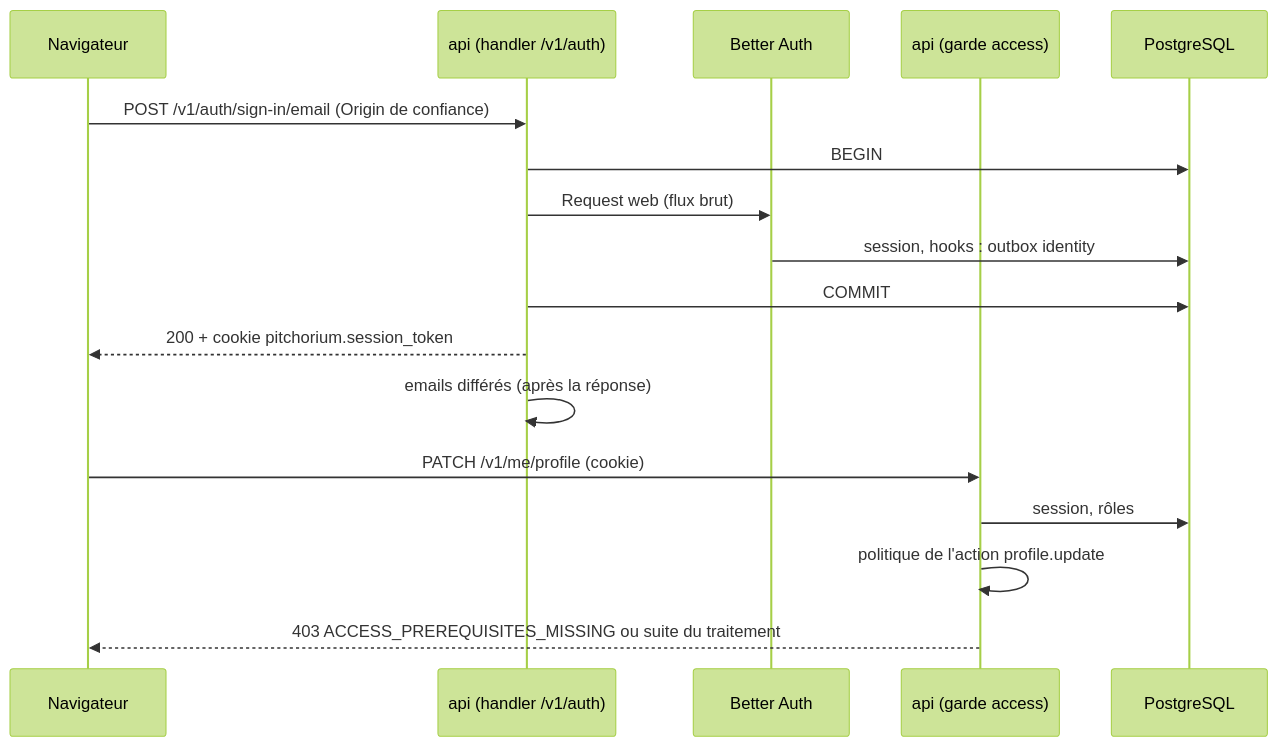
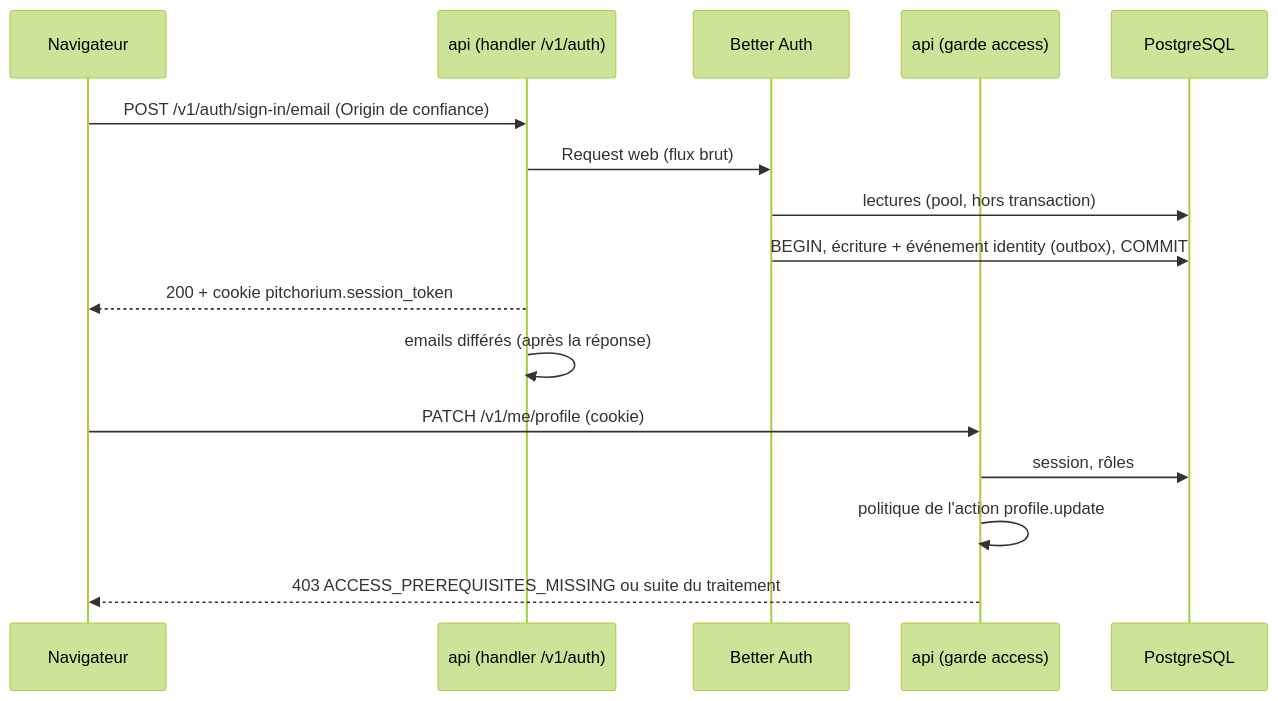
The third of 3 diagrams in docs/architecture/overview.md (OpenWork-NCE/pitchorium), drawn with Mermaid (forest theme) before and after one commit. The commit also changed other lines of this file and 13 other files, not shown here.

````diff
--- a/docs/architecture/overview.md
+++ b/docs/architecture/overview.md
@@ -89,19 +89,18 @@
 ```mermaid
 sequenceDiagram
   participant B as Navigateur
   participant H as api (handler /v1/auth)
   participant BA as Better Auth
   participant G as api (garde access)
   participant DB as PostgreSQL
   B->>H: POST /v1/auth/sign-in/email (Origin de confiance)
-  H->>DB: BEGIN
   H->>BA: Request web (flux brut)
-  BA->>DB: session, hooks : outbox identity
-  H->>DB: COMMIT
+  BA->>DB: lectures (pool, hors transaction)
+  BA->>DB: BEGIN, écriture + événement identity (outbox), COMMIT
   H-->>B: 200 + cookie pitchorium.session_token
   H->>H: emails différés (après la réponse)
   B->>G: PATCH /v1/me/profile (cookie)
   G->>DB: session, rôles
   G->>G: politique de l'action profile.update
   G-->>B: 403 ACCESS_PREREQUISITES_MISSING ou suite du traitement
 ```
````
